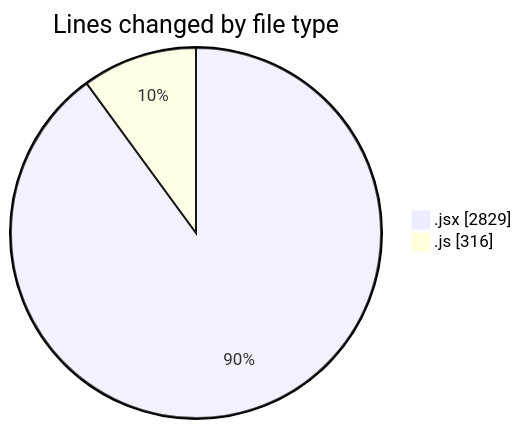
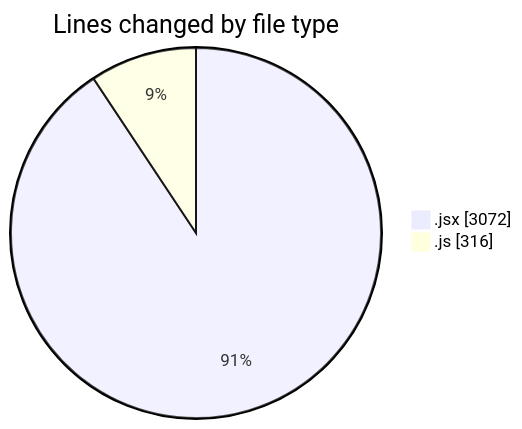
One commit to nxtqubesakshisongat/code-tracking changed the first of 2 diagrams in 2025-07-10/argos/README.md. Above: the diagram before and after it, drawn with Mermaid. The commit also changed other lines of this file and 1 other file, not shown here.

````diff
--- a/2025-07-10/argos/README.md
+++ b/2025-07-10/argos/README.md
@@ -25,6 +25,6 @@
 ```mermaid
 pie showData
 title Lines changed by file type
-".jsx" : 2829
+".jsx" : 3072
 ".js" : 316
 ```
````
